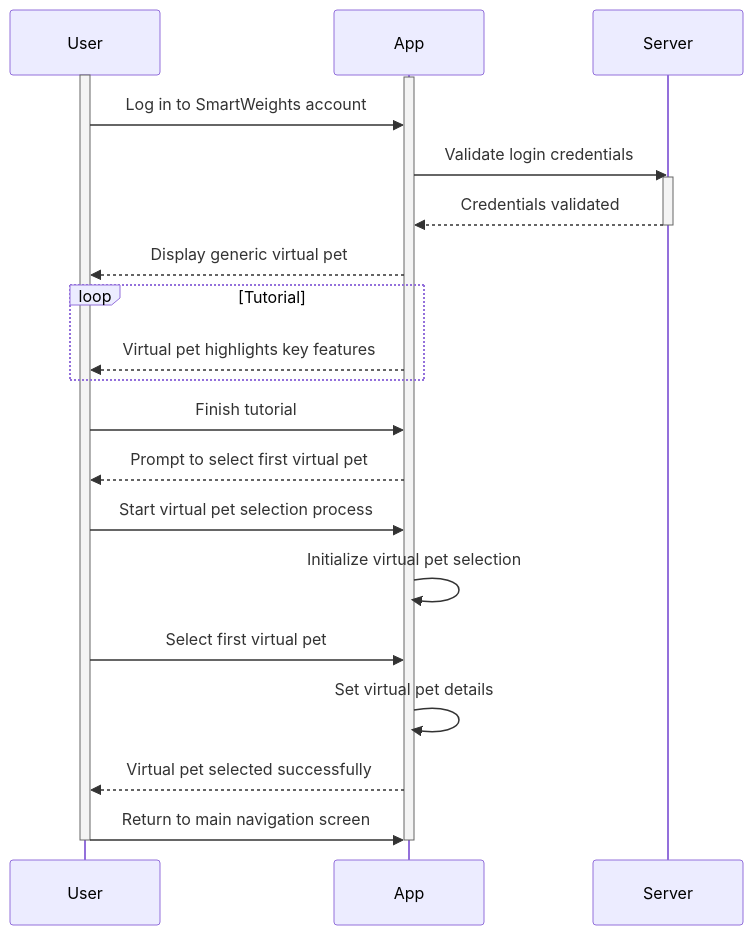
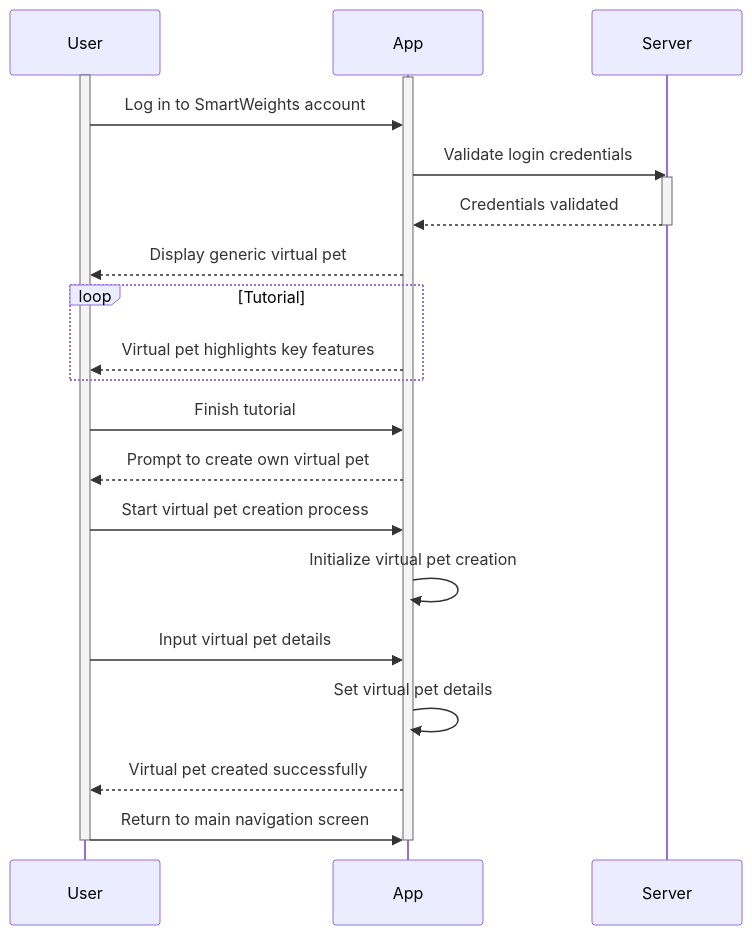
One commit to Capstone-Projects-2024-Spring/project-smartweights changed the second of 14 diagrams in documentation/docs/system-architecture/sequence-diagrams.md. Above: the diagram before and after it, drawn with Mermaid. The commit also changed other lines of this file and 107 other files, not shown here.

````diff
--- a/documentation/docs/system-architecture/sequence-diagrams.md
+++ b/documentation/docs/system-architecture/sequence-diagrams.md
@@ -51,31 +51,31 @@
 ```mermaid 
 sequenceDiagram
     participant User
     participant App
     participant Server
     activate User
     activate App
 
     User->>App: Log in to SmartWeights account
     App->>Server: Validate login credentials
     activate Server
     Server-->>App: Credentials validated
     deactivate Server
     App-->>User: Display generic virtual pet
     loop Tutorial
         App-->>User: Virtual pet highlights key features
     end
     User->>App: Finish tutorial
 
-    App-->>User: Prompt to select first virtual pet
-    User->>App: Start virtual pet selection process
-    App->>App: Initialize virtual pet selection
-    User->>App: Select first virtual pet
+    App-->>User: Prompt to create own virtual pet
+    User->>App: Start virtual pet creation process
+    App->>App: Initialize virtual pet creation
+    User->>App: Input virtual pet details
     App->>App: Set virtual pet details
-    App-->>User: Virtual pet selected successfully
+    App-->>User: Virtual pet created successfully
     User->>App: Return to main navigation screen
 
     deactivate User
     deactivate App
 
 ```
````
